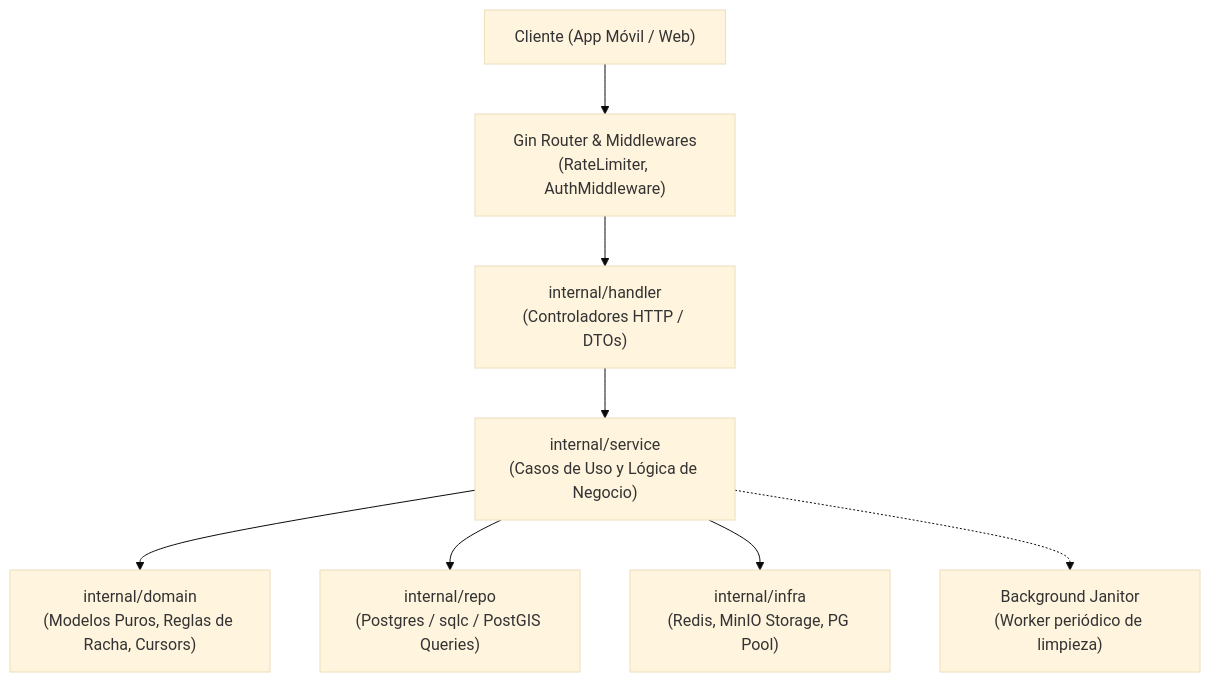
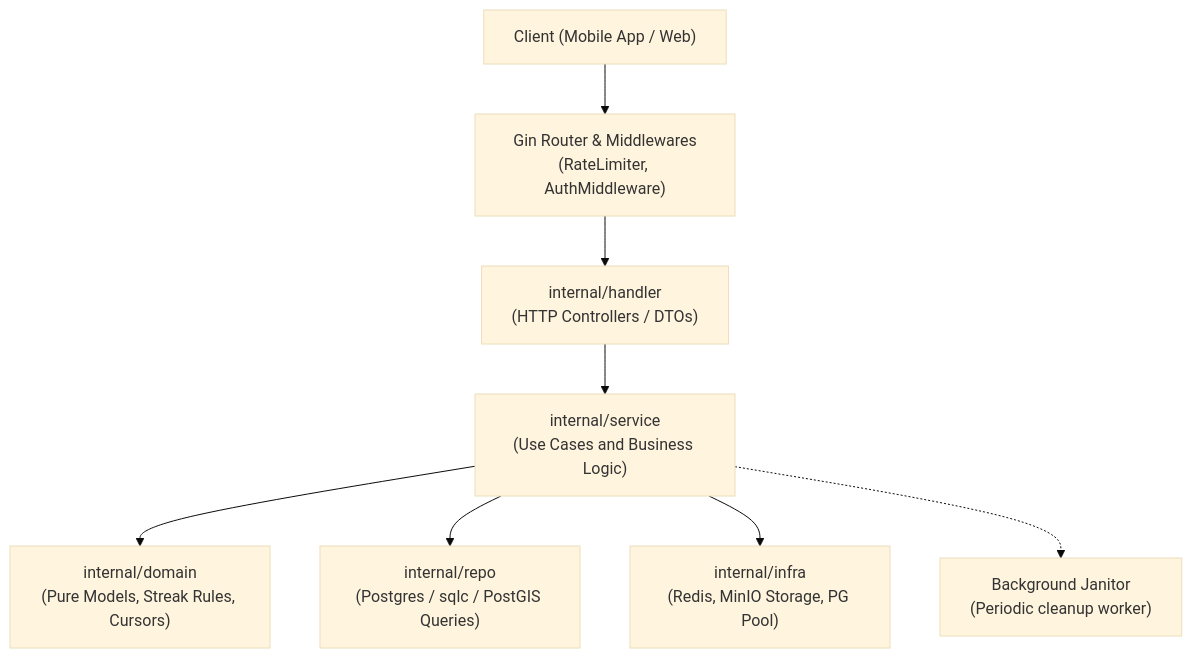
Before and after one commit to CubicMaldo/candela-api: the first of 2 diagrams in README.md, drawn with Mermaid (base theme). The commit also changed other lines of this file, not shown here.

````diff
--- a/README.md
+++ b/README.md
@@ -51,10 +51,10 @@
 ```mermaid
 flowchart TD
-    Client["Cliente (App Móvil / Web)"] --> HTTP["Gin Router & Middlewares\n(RateLimiter, AuthMiddleware)"]
-    HTTP --> Handlers["internal/handler\n(Controladores HTTP / DTOs)"]
-    Handlers --> Services["internal/service\n(Casos de Uso y Lógica de Negocio)"]
-    Services --> Domain["internal/domain\n(Modelos Puros, Reglas de Racha, Cursors)"]
+    Client["Client (Mobile App / Web)"] --> HTTP["Gin Router & Middlewares\n(RateLimiter, AuthMiddleware)"]
+    HTTP --> Handlers["internal/handler\n(HTTP Controllers / DTOs)"]
+    Handlers --> Services["internal/service\n(Use Cases and Business Logic)"]
+    Services --> Domain["internal/domain\n(Pure Models, Streak Rules, Cursors)"]
     Services --> Repos["internal/repo\n(Postgres / sqlc / PostGIS Queries)"]
     Services --> Infra["internal/infra\n(Redis, MinIO Storage, PG Pool)"]
-    Services -.-> Janitor["Background Janitor\n(Worker periódico de limpieza)"]
+    Services -.-> Janitor["Background Janitor\n(Periodic cleanup worker)"]
 ```
````
